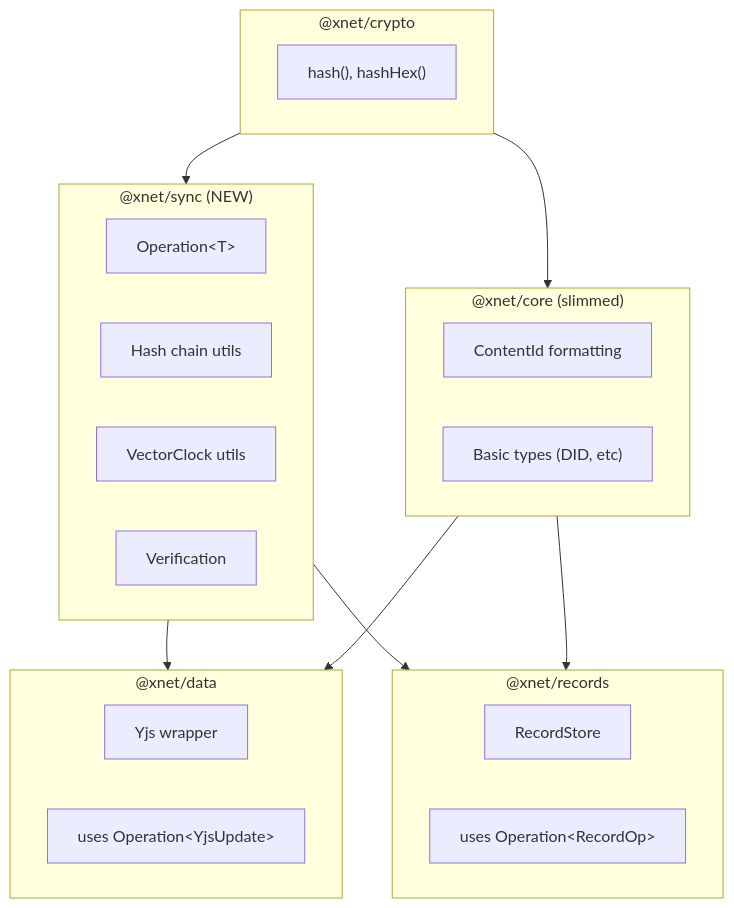
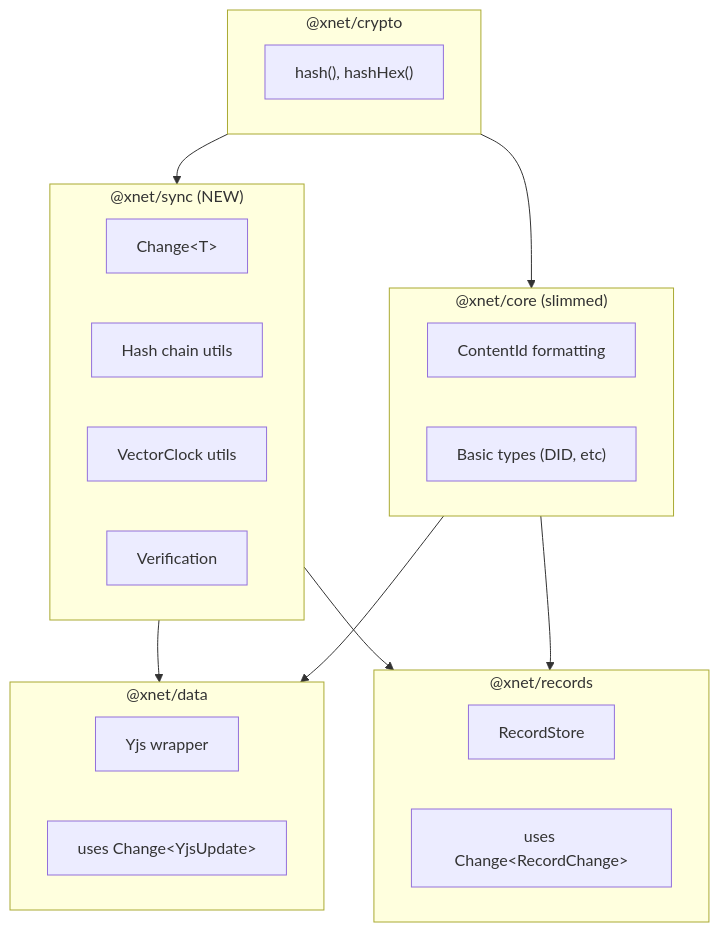
One commit to crs48/xNet changed the third of 4 diagrams in docs/planStep02_1DataModelConsolidation/00-overview.md. Above: the diagram before and after it, drawn with Mermaid. The commit also changed other lines of this file and 5 other files, not shown here.

````diff
--- a/docs/planStep02_1DataModelConsolidation/00-overview.md
+++ b/docs/planStep02_1DataModelConsolidation/00-overview.md
@@ -134,35 +134,35 @@
 ```mermaid
 flowchart TD
     subgraph sync["@xnet/sync (NEW)"]
-        OP["Operation&lt;T&gt;"]
+        OP["Change&lt;T&gt;"]
         CHAIN["Hash chain utils"]
         CLOCK["VectorClock utils"]
         VERIFY["Verification"]
     end
 
     subgraph crypto["@xnet/crypto"]
         HASH["hash(), hashHex()"]
     end
 
     subgraph core["@xnet/core (slimmed)"]
         CID["ContentId formatting"]
         TYPES["Basic types (DID, etc)"]
     end
 
     subgraph data["@xnet/data"]
         YJS["Yjs wrapper"]
-        YOPS["uses Operation&lt;YjsUpdate&gt;"]
+        YOPS["uses Change&lt;YjsUpdate&gt;"]
     end
 
     subgraph records["@xnet/records"]
         STORE["RecordStore"]
-        ROPS["uses Operation&lt;RecordOp&gt;"]
+        ROPS["uses Change&lt;RecordChange&gt;"]
     end
 
     crypto --> sync
     crypto --> core
     sync --> data
     sync --> records
     core --> data
     core --> records
 ```
````
